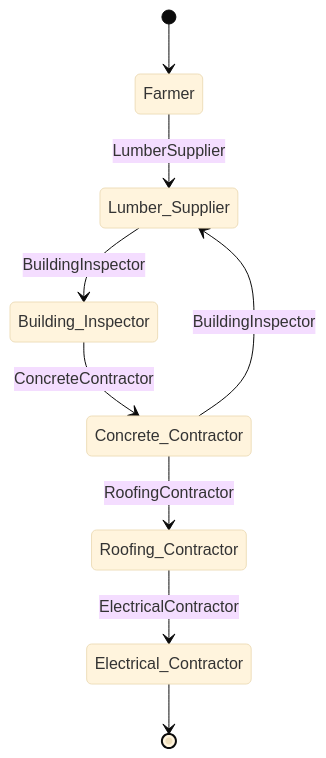
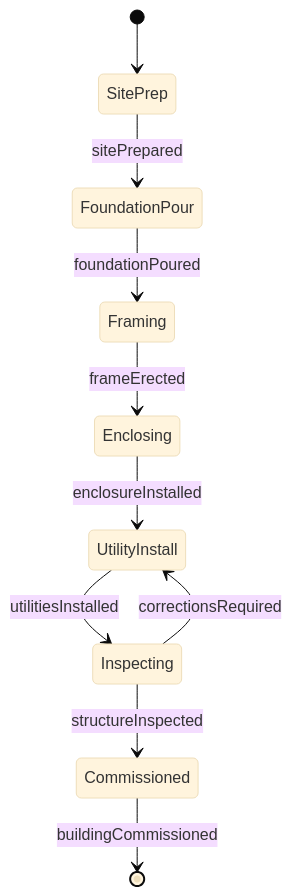
The second of 4 diagrams in HandlingAndMovingObjects/BuildStructures/BuildAgriculturalStructures.mdx (dot-org-ai/tasks.org.ai), drawn with Mermaid (base theme) before and after one commit. The commit also changed other lines of this file and 515 other files, not shown here.

````diff
--- a/HandlingAndMovingObjects/BuildStructures/BuildAgriculturalStructures.mdx
+++ b/HandlingAndMovingObjects/BuildStructures/BuildAgriculturalStructures.mdx
@@ -101,11 +99,12 @@
 ```mermaid
 stateDiagram-v2
-    [*] --> Farmer
-    Farmer --> Lumber_Supplier: LumberSupplier
-    Lumber_Supplier --> Building_Inspector: BuildingInspector
-    Building_Inspector --> Concrete_Contractor: ConcreteContractor
-    Concrete_Contractor --> Roofing_Contractor: RoofingContractor
-    Roofing_Contractor --> Electrical_Contractor: ElectricalContractor
-    Concrete_Contractor --> Lumber_Supplier: BuildingInspector
-    Electrical_Contractor --> [*]
+    [*] --> SitePrep
+    SitePrep --> FoundationPour : sitePrepared
+    FoundationPour --> Framing : foundationPoured
+    Framing --> Enclosing : frameErected
+    Enclosing --> UtilityInstall : enclosureInstalled
+    UtilityInstall --> Inspecting : utilitiesInstalled
+    Inspecting --> Commissioned : structureInspected
+    Inspecting --> UtilityInstall : correctionsRequired
+    Commissioned --> [*] : buildingCommissioned
 ```
````
